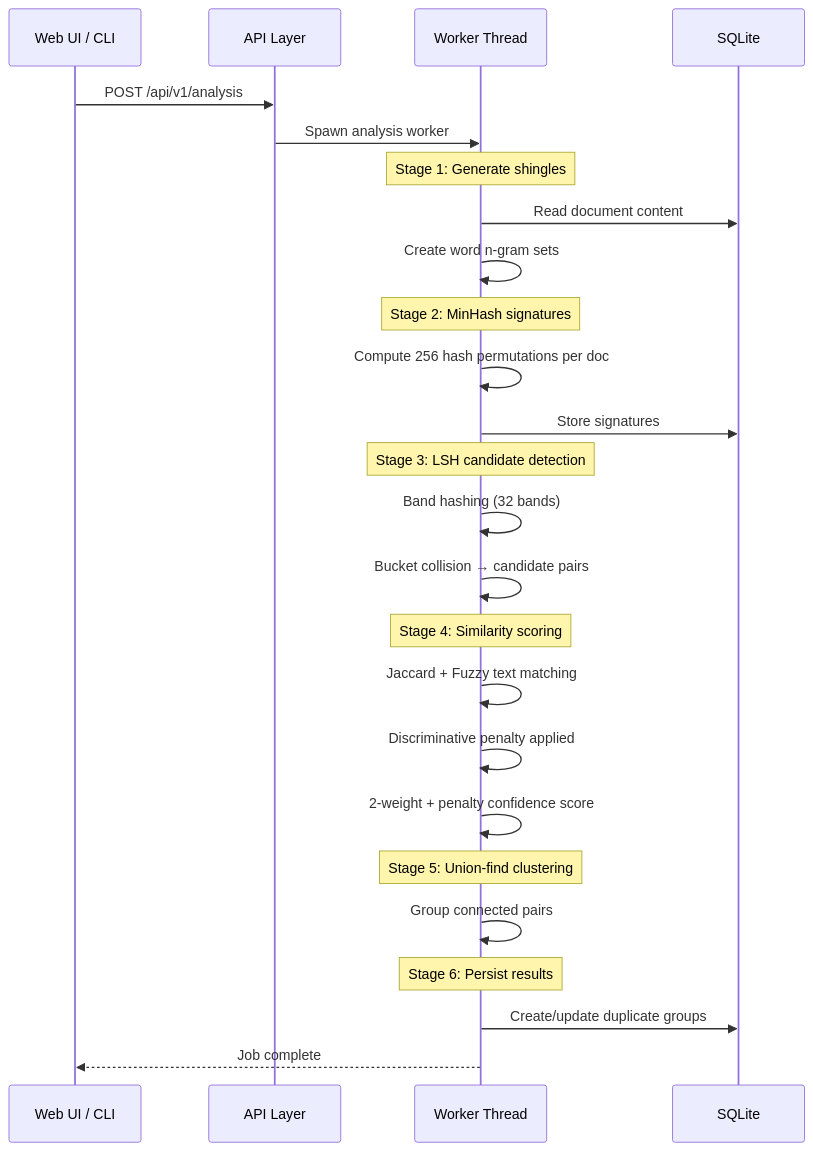
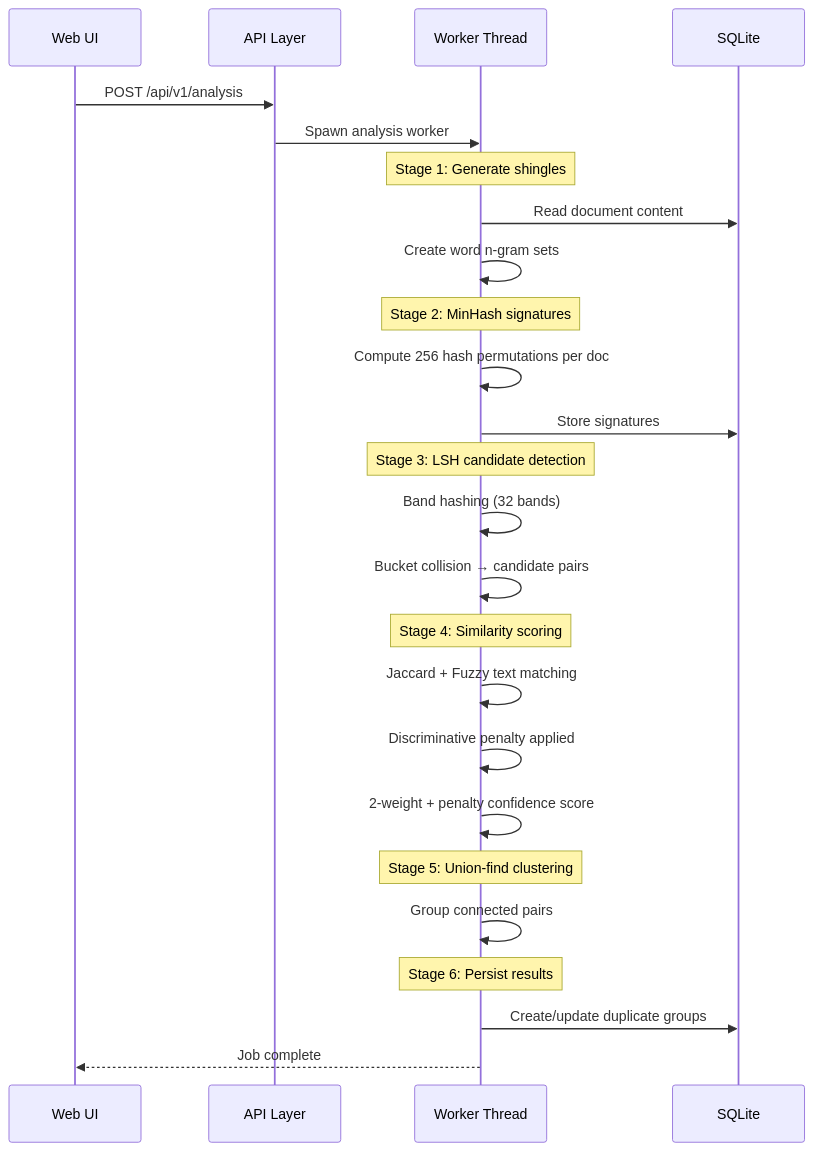
One commit to rknightion/paperless-ngx-dedupe changed the third of 5 diagrams in docs/architecture.md. Above: the diagram before and after it, drawn with Mermaid. The commit also changed other lines of this file, not shown here.

Commit message:
docs: update architecture documentation for two-package structure

````diff
--- a/docs/architecture.md
+++ b/docs/architecture.md
@@ -130,34 +103,34 @@
 ```mermaid
 sequenceDiagram
-    participant UI as Web UI / CLI
+    participant UI as Web UI
     participant API as API Layer
     participant W as Worker Thread
     participant DB as SQLite
 
     UI->>API: POST /api/v1/analysis
     API->>W: Spawn analysis worker
 
     Note over W: Stage 1: Generate shingles
     W->>DB: Read document content
     W->>W: Create word n-gram sets
 
     Note over W: Stage 2: MinHash signatures
     W->>W: Compute 256 hash permutations per doc
     W->>DB: Store signatures
 
     Note over W: Stage 3: LSH candidate detection
     W->>W: Band hashing (32 bands)
     W->>W: Bucket collision → candidate pairs
 
     Note over W: Stage 4: Similarity scoring
     W->>W: Jaccard + Fuzzy text matching
     W->>W: Discriminative penalty applied
     W->>W: 2-weight + penalty confidence score
 
     Note over W: Stage 5: Union-find clustering
     W->>W: Group connected pairs
 
     Note over W: Stage 6: Persist results
     W->>DB: Create/update duplicate groups
     W-->>UI: Job complete
 ```
````
